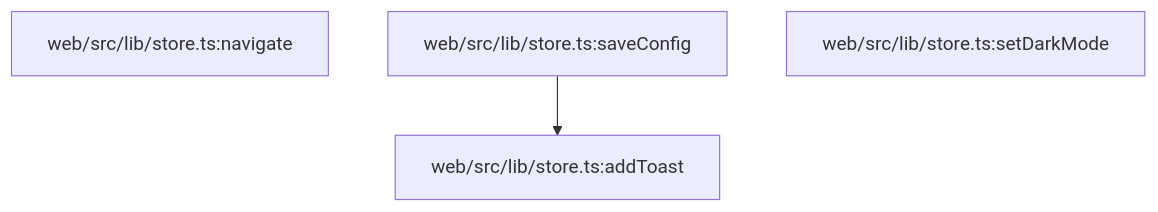
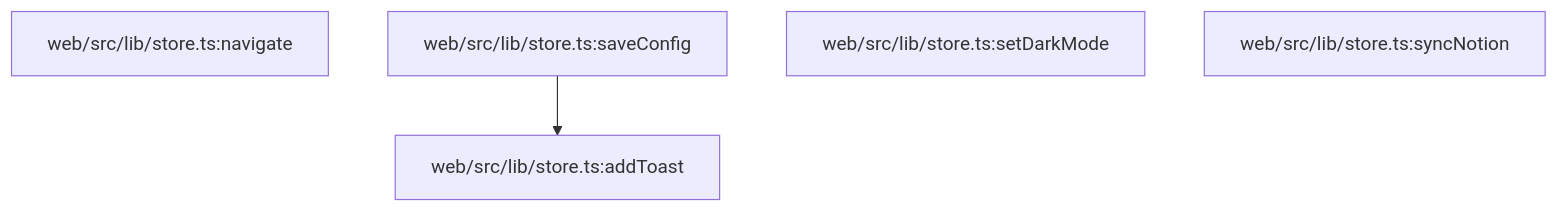
The fifth of 25 diagrams in docs/function-graph-detailed.md (GeniusJunP/notion-notifier), drawn with Mermaid before and after one commit. The commit also changed other lines of this file and 1 other file, not shown here.

Commit message:
docs: regenerate function graphs after scheduler split

````diff
--- a/docs/function-graph-detailed.md
+++ b/docs/function-graph-detailed.md
@@ -87,8 +89,9 @@
 ```mermaid
 flowchart TD
   n1["web/src/lib/store.ts:addToast"]
   n2["web/src/lib/store.ts:navigate"]
   n3["web/src/lib/store.ts:saveConfig"]
   n4["web/src/lib/store.ts:setDarkMode"]
+  n5["web/src/lib/store.ts:syncNotion"]
   n3 --> n1
 ```
````
